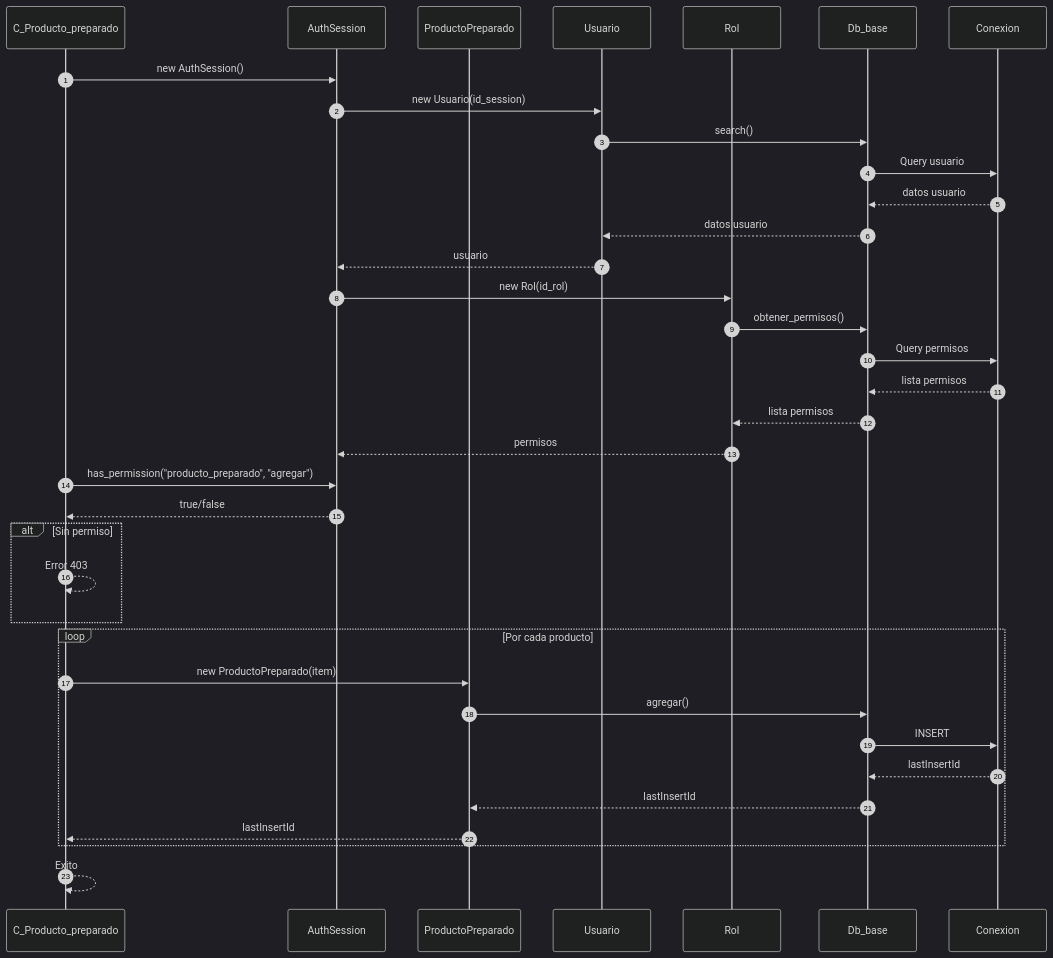
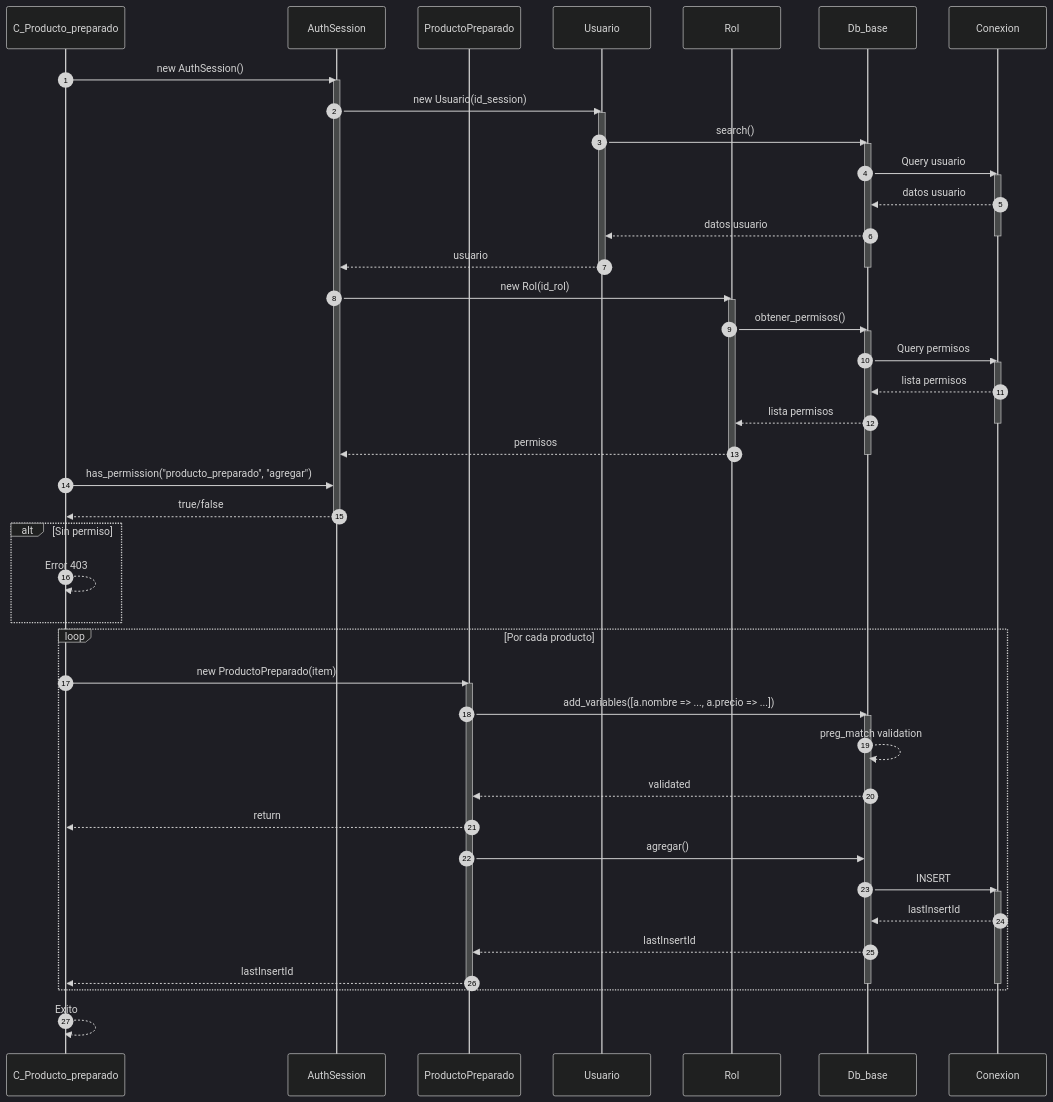
The fourth of 4 diagrams in docs/secuencia/productos/producto_preparado.md (Tecrato/BurgerHouse), drawn with Mermaid (dark theme) before and after one commit. The commit also changed other lines of this file and 16 other files, not shown here.

First line of the commit message:
Annotate mermaid sequences & throttle generator

````diff
--- a/docs/secuencia/productos/producto_preparado.md
+++ b/docs/secuencia/productos/producto_preparado.md
@@ -141,44 +209,68 @@
 ```mermaid
 sequenceDiagram
     autonumber
     participant C_Producto_preparado as C_Producto_preparado
     participant AuthSession as AuthSession
     participant ProductoPreparado as ProductoPreparado
     participant Usuario as Usuario
     participant Rol as Rol
     participant Db_base as Db_base
     participant Conexion as Conexion
     
     C_Producto_preparado->>AuthSession: new AuthSession()
+    activate AuthSession
     AuthSession->>Usuario: new Usuario(id_session)
+    activate Usuario
     Usuario->>Db_base: search()
+    activate Db_base
     Db_base->>Conexion: Query usuario
+    activate Conexion
     Conexion-->>Db_base: datos usuario
     Db_base-->>Usuario: datos usuario
+    deactivate Conexion
     Usuario-->>AuthSession: usuario
+    deactivate Usuario
+    deactivate Db_base
     
     AuthSession->>Rol: new Rol(id_rol)
+    activate Rol
     Rol->>Db_base: obtener_permisos()
+    activate Db_base
     Db_base->>Conexion: Query permisos
+    activate Conexion
     Conexion-->>Db_base: lista permisos
     Db_base-->>Rol: lista permisos
+    deactivate Conexion
     Rol-->>AuthSession: permisos
+    deactivate Rol
+    deactivate Db_base
     
     C_Producto_preparado->>AuthSession: has_permission("producto_preparado", "agregar")
     AuthSession-->>C_Producto_preparado: true/false
+    deactivate AuthSession
     
     alt Sin permiso
         C_Producto_preparado-->>C_Producto_preparado: Error 403
     end
     
     loop Por cada producto
         C_Producto_preparado->>ProductoPreparado: new ProductoPreparado(item)
+        activate ProductoPreparado
+        ProductoPreparado->>Db_base: add_variables([a.nombre => ..., a.precio => ...])
+        activate Db_base
+        Db_base-->>Db_base: preg_match validation
+        Db_base-->>ProductoPreparado: validated
+        ProductoPreparado-->>C_Producto_preparado: return
         ProductoPreparado->>Db_base: agregar()
         Db_base->>Conexion: INSERT
+        activate Conexion
         Conexion-->>Db_base: lastInsertId
         Db_base-->>ProductoPreparado: lastInsertId
         ProductoPreparado-->>C_Producto_preparado: lastInsertId
+        deactivate ProductoPreparado
+        deactivate Conexion
+        deactivate Db_base
     end
     
     C_Producto_preparado-->>C_Producto_preparado: Exito
 ```
````
